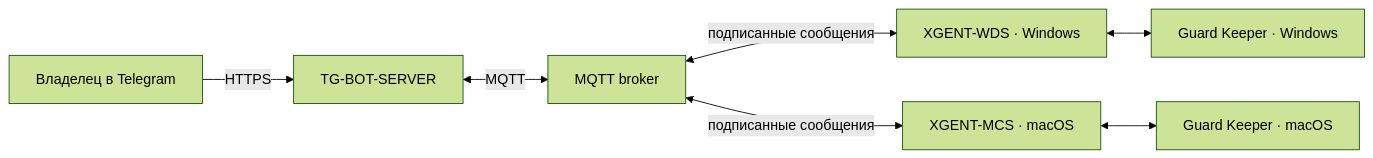
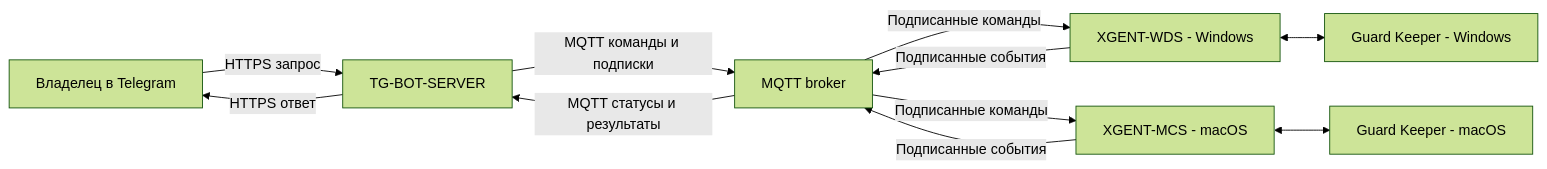
One commit to invinby/XIDER changed the diagram in README.ru.md. Above: the diagram before and after it, drawn with Mermaid (forest theme). The commit also changed 9 other files, not shown here.

````diff
--- a/README.ru.md
+++ b/README.ru.md
@@ -31,9 +31,13 @@
 ```mermaid
 graph LR
-    User[Владелец в Telegram] -->|HTTPS| Bot[TG-BOT-SERVER]
-    Bot <-->|MQTT| Broker[MQTT broker]
-    Broker <-->|подписанные сообщения| Win[XGENT-WDS · Windows]
-    Broker <-->|подписанные сообщения| Mac[XGENT-MCS · macOS]
-    Win <--> GKW[Guard Keeper · Windows]
-    Mac <--> GKM[Guard Keeper · macOS]
+    User["Владелец в Telegram"] -->|HTTPS запрос| Bot["TG-BOT-SERVER"]
+    Bot -->|HTTPS ответ| User
+    Bot -->|MQTT команды и подписки| Broker["MQTT broker"]
+    Broker -->|MQTT статусы и результаты| Bot
+    Broker -->|Подписанные команды| Win["XGENT-WDS - Windows"]
+    Win -->|Подписанные события| Broker
+    Broker -->|Подписанные команды| Mac["XGENT-MCS - macOS"]
+    Mac -->|Подписанные события| Broker
+    Win <--> GKW["Guard Keeper - Windows"]
+    Mac <--> GKM["Guard Keeper - macOS"]
 ```
````
